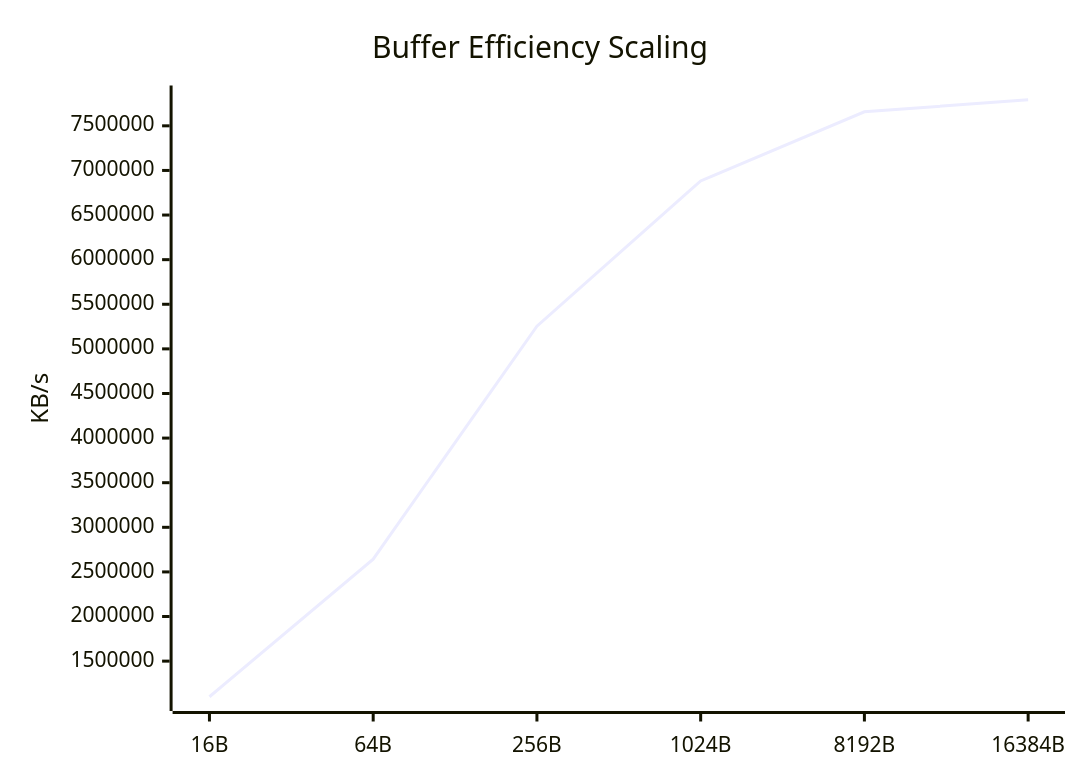
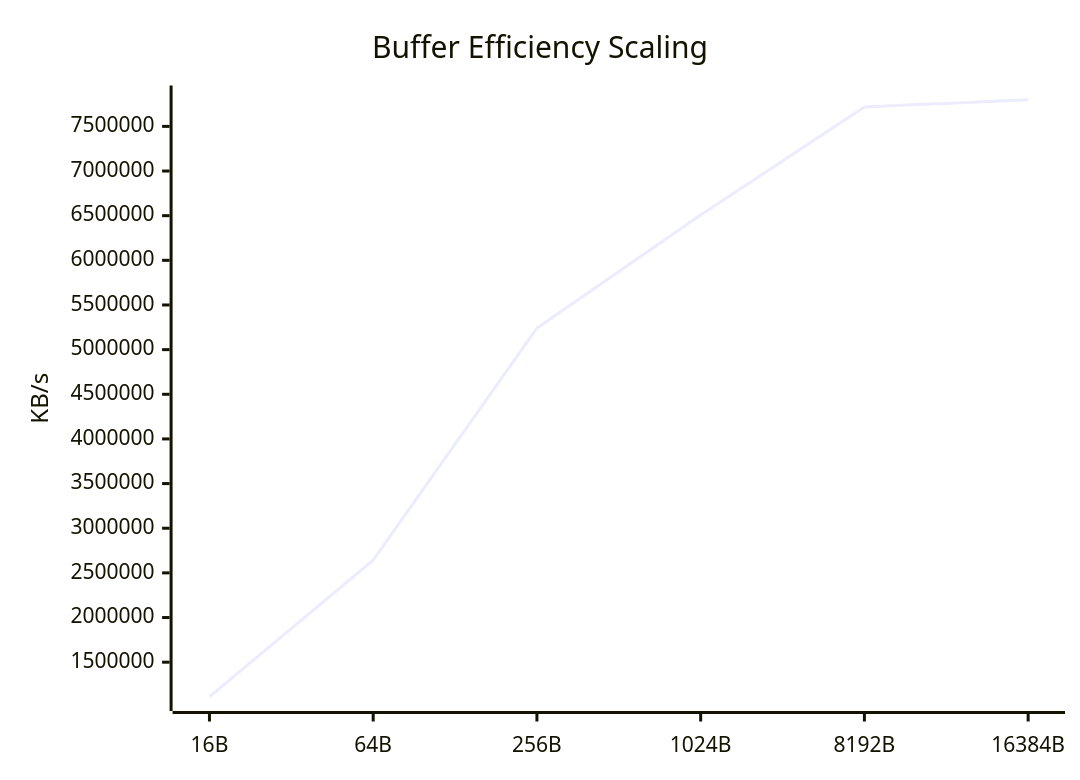
The eighth of 9 diagrams in docs/Comparison_Report.md (taha2samy/openssl_fips), drawn with Mermaid before and after one commit. The commit also changed other lines of this file and 3 other files, not shown here.

````diff
--- a/docs/Comparison_Report.md
+++ b/docs/Comparison_Report.md
@@ -118,7 +118,7 @@
 ```mermaid
 xychart-beta
     title "Buffer Efficiency Scaling"
     x-axis [16B, 64B, 256B, 1024B, 8192B, 16384B]
     y-axis "KB/s"
-    line [1100783.7, 2643584.99, 5254908.42, 6881864.7, 7657148.42, 7792345.09]
+    line [1113007.14, 2643069.47, 5240506.75, 6508294.66, 7716708.35, 7798145.02]
 ```
````
